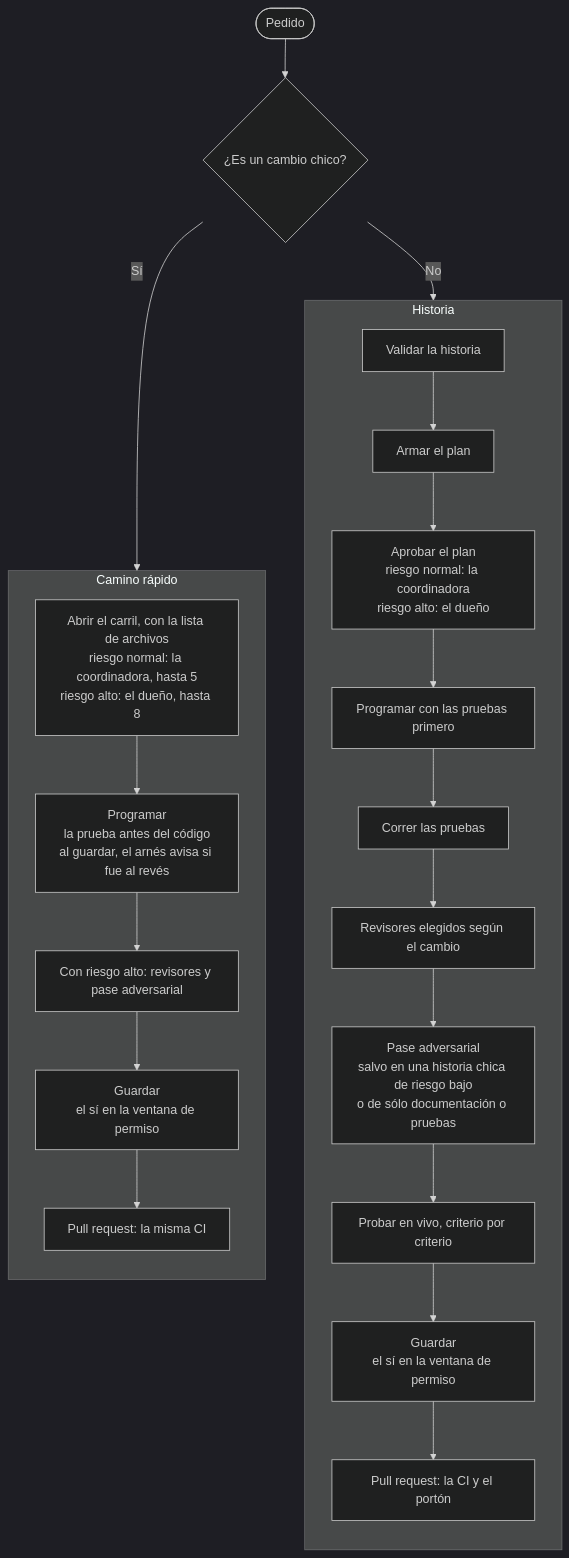
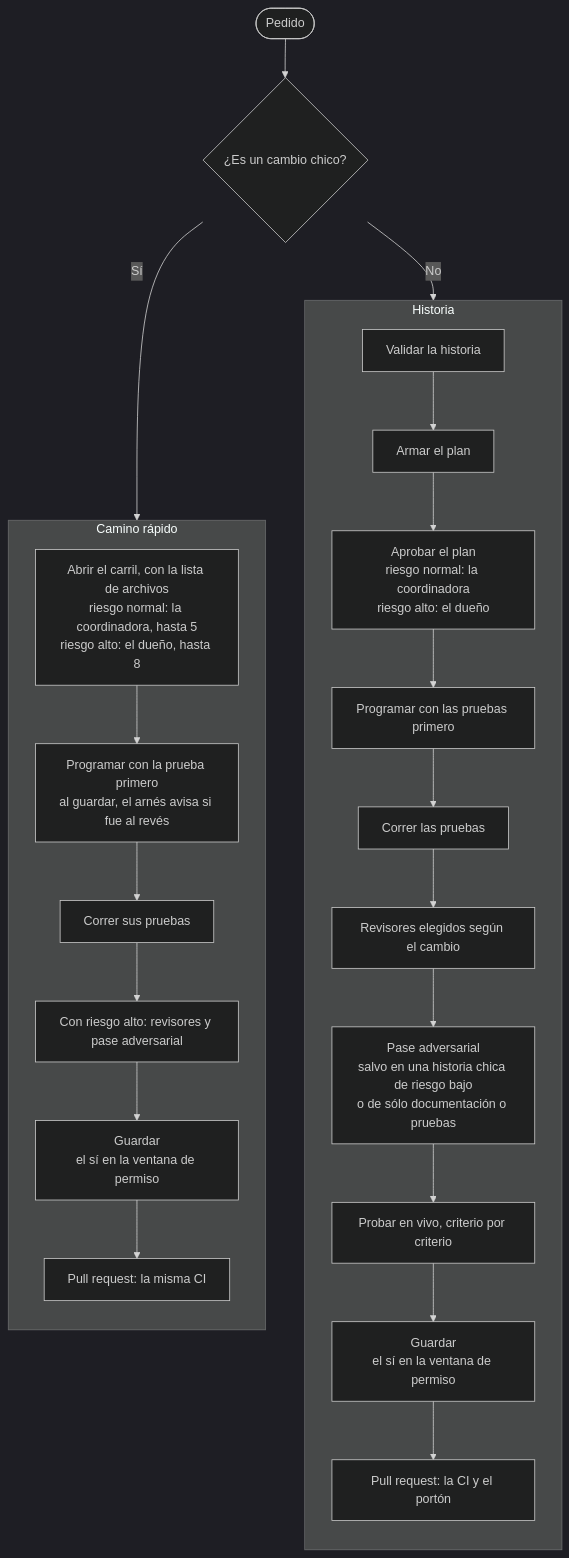
Before and after one commit to TYCON-SA/tycon-harness: the diagram in README.es.md, drawn with Mermaid (dark theme). The commit also changed 2 other files, not shown here.

Commit message:
docs(portada): el camino rápido también lleva pruebas
Programar con la prueba primero (al guardar, el arnés avisa si fue al revés) y un paso nuevo,
correr sus pruebas, antes de los revisores y el pase de riesgo alto. La guía dice lo mismo
(fuente única, §5).

````diff
--- a/README.es.md
+++ b/README.es.md
@@ -53,25 +53,26 @@
 ```mermaid
 flowchart TB
   pedido(["Pedido"]) --> tamano{"¿Es un cambio chico?"}
   tamano -- "No" --> h1
   tamano -- "Sí" --> r1
   subgraph historia ["Historia"]
     direction TB
     h1["Validar la historia"] --> h2["Armar el plan"]
     h2 --> h3["Aprobar el plan<br/>riesgo normal: la coordinadora<br/>riesgo alto: el dueño"]
     h3 --> h4["Programar con las pruebas primero"]
     h4 --> h5["Correr las pruebas"]
     h5 --> h6["Revisores elegidos según el cambio"]
     h6 --> h7["Pase adversarial<br/>salvo en una historia chica de riesgo bajo<br/>o de sólo documentación o pruebas"]
     h7 --> h8["Probar en vivo, criterio por criterio"]
     h8 --> h9["Guardar<br/>el sí en la ventana de permiso"]
     h9 --> h10["Pull request: la CI y el portón"]
   end
   subgraph rapido ["Camino rápido"]
     direction TB
-    r1["Abrir el carril, con la lista de archivos<br/>riesgo normal: la coordinadora, hasta 5<br/>riesgo alto: el dueño, hasta 8"] --> r2["Programar<br/>la prueba antes del código<br/>al guardar, el arnés avisa si fue al revés"]
-    r2 --> r3["Con riesgo alto: revisores y pase adversarial"]
+    r1["Abrir el carril, con la lista de archivos<br/>riesgo normal: la coordinadora, hasta 5<br/>riesgo alto: el dueño, hasta 8"] --> r2["Programar con la prueba primero<br/>al guardar, el arnés avisa si fue al revés"]
+    r2 --> r2b["Correr sus pruebas"]
+    r2b --> r3["Con riesgo alto: revisores y pase adversarial"]
     r3 --> r4["Guardar<br/>el sí en la ventana de permiso"]
     r4 --> r5["Pull request: la misma CI"]
   end
 ```
````
